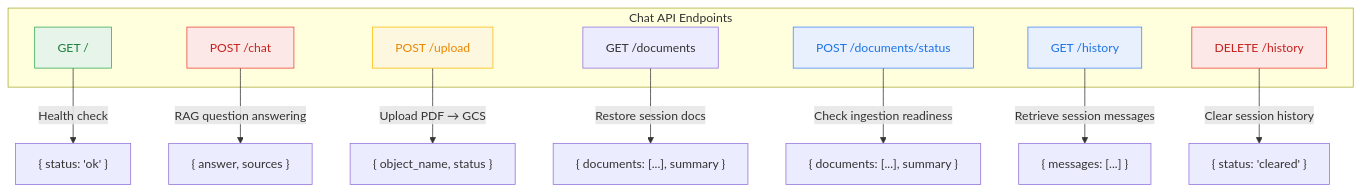
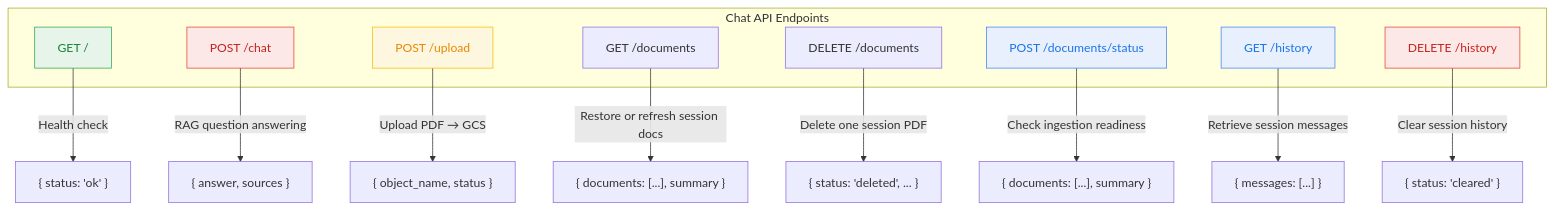
The fifth of 5 diagrams in chat_api/README.md (DanielMortada/cloud-computing-project), drawn with Mermaid before and after one commit. The commit also changed other lines of this file and 8 other files, not shown here.

````diff
--- a/chat_api/README.md
+++ b/chat_api/README.md
@@ -257,27 +261,29 @@
 ```mermaid
 flowchart TD
     subgraph "Chat API Endpoints"
         H["GET /"]
         C["POST /chat"]
         U["POST /upload"]
         D["GET /documents"]
+        DD["DELETE /documents"]
         S["POST /documents/status"]
         RH["GET /history"]
         DH["DELETE /history"]
     end
 
     H -->|"Health check"| R1["{ status: 'ok' }"]
     C -->|"RAG question answering"| R2["{ answer, sources }"]
     U -->|"Upload PDF → GCS"| R3["{ object_name, status }"]
-    D -->|"Restore session docs"| R4["{ documents: [...], summary }"]
+    D -->|"Restore or refresh session docs"| R4["{ documents: [...], summary }"]
+    DD -->|"Delete one session PDF"| R45["{ status: 'deleted', ... }"]
     S -->|"Check ingestion readiness"| R5["{ documents: [...], summary }"]
     RH -->|"Retrieve session messages"| R6["{ messages: [...] }"]
     DH -->|"Clear session history"| R7["{ status: 'cleared' }"]
 
     style H fill:#E6F4EA,stroke:#34A853,color:#188038
     style C fill:#FCE8E6,stroke:#EA4335,color:#C5221F
     style U fill:#FEF7E0,stroke:#FBBC05,color:#EA8600
     style S fill:#E8F0FE,stroke:#4285F4,color:#1A73E8
     style RH fill:#E8F0FE,stroke:#4285F4,color:#1A73E8
     style DH fill:#FCE8E6,stroke:#EA4335,color:#C5221F
 ```
````
